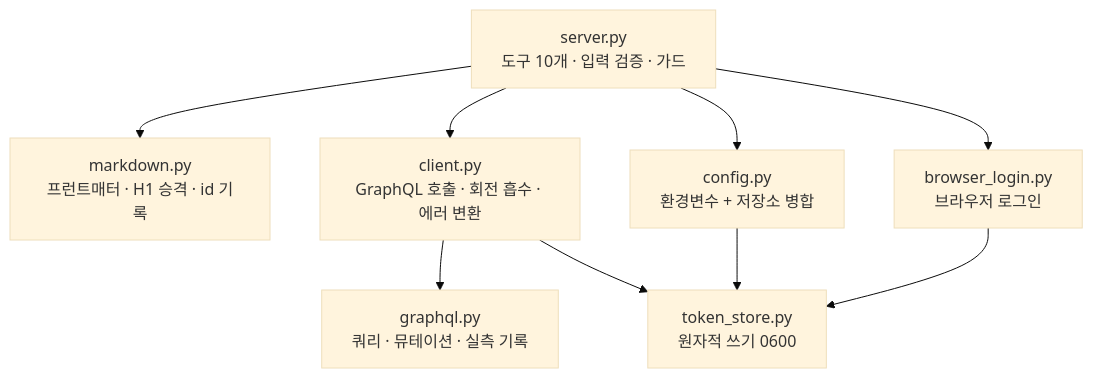
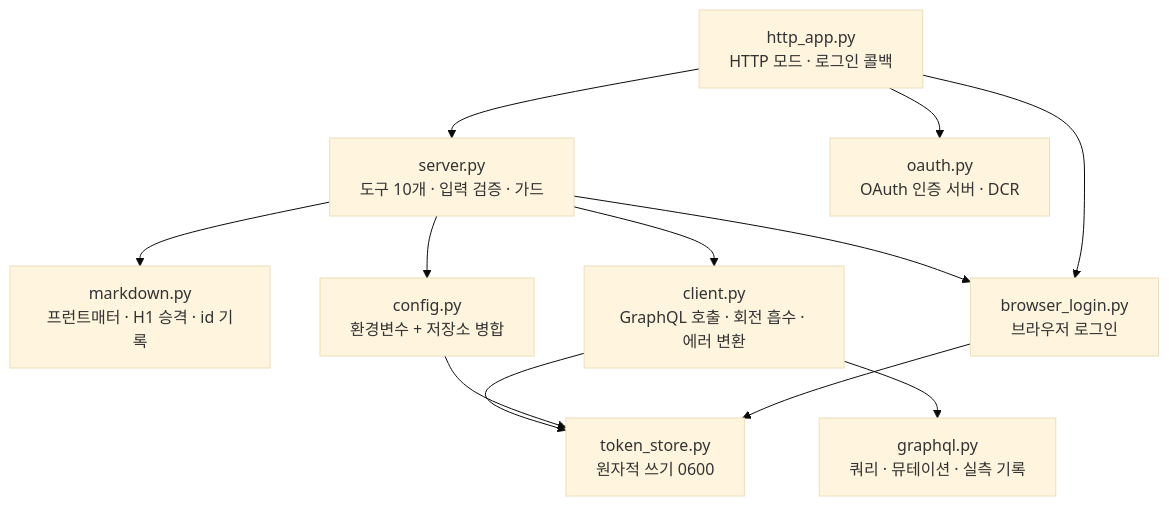
One commit to mrpumpkin98/velog-mcp changed the seventh of 7 diagrams in docs/how-it-works.md. Above: the diagram before and after it, drawn with Mermaid (base theme). The commit also changed other lines of this file and 7 other files, not shown here.

First line of the commit message:
feat: Connect 버튼으로 로그인할 수 있게 HTTP·OAuth 모드 추가

````diff
--- a/docs/how-it-works.md
+++ b/docs/how-it-works.md
@@ -154,19 +199,24 @@
 ```mermaid
 flowchart TD
     server["server.py<br/>도구 10개 · 입력 검증 · 가드"]
     markdown["markdown.py<br/>프런트매터 · H1 승격 · id 기록"]
     client["client.py<br/>GraphQL 호출 · 회전 흡수 · 에러 변환"]
     graphql["graphql.py<br/>쿼리 · 뮤테이션 · 실측 기록"]
     login["browser_login.py<br/>브라우저 로그인"]
     config["config.py<br/>환경변수 + 저장소 병합"]
     store["token_store.py<br/>원자적 쓰기 0600"]
+    http["http_app.py<br/>HTTP 모드 · 로그인 콜백"]
+    oauth["oauth.py<br/>OAuth 인증 서버 · DCR"]
 
     server --> markdown
     server --> client
     server --> login
     server --> config
     client --> graphql
     client --> store
     config --> store
     login --> store
+    http --> oauth
+    http --> login
+    http --> server
 ```
````
